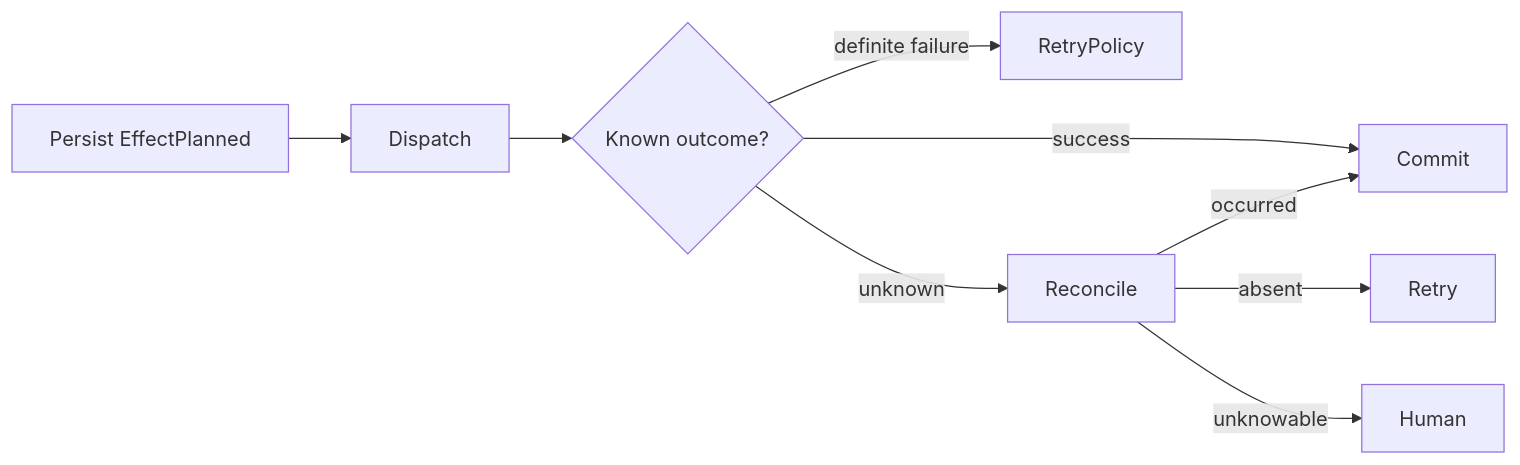
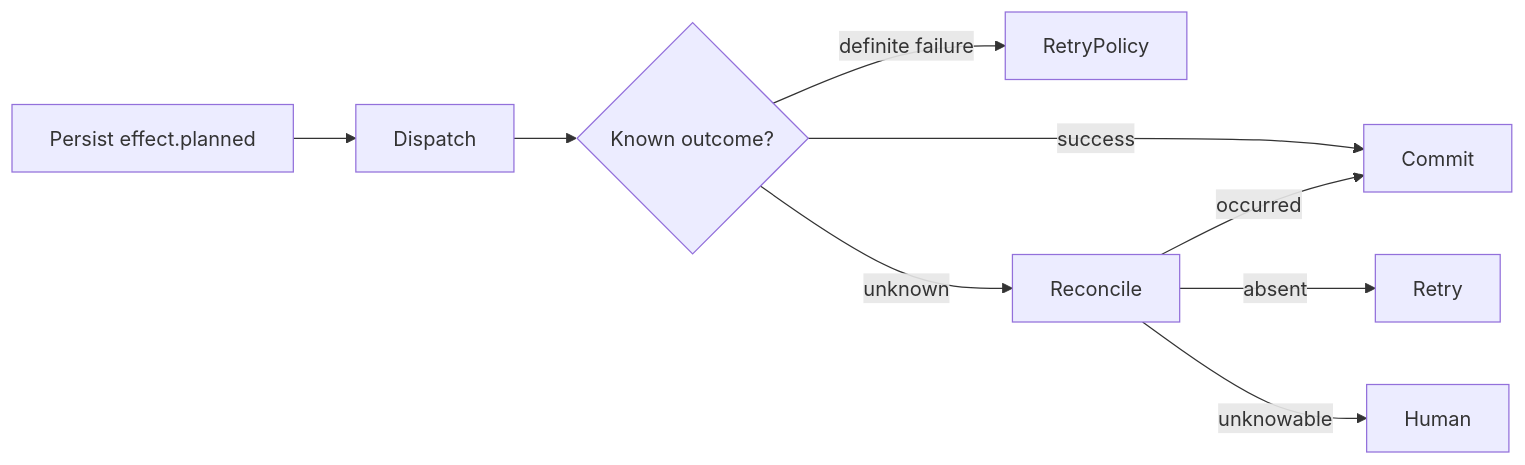
Diagram 14 of 15 in diagrams/index.mdx (thaithienvanid/agentic-reference-architecture), drawn with Mermaid before and after one commit. The commit also changed other lines of this file and 20 other files, not shown here.

Commit message:
normalize architecture contracts and execution ontology

````diff
--- a/diagrams/index.mdx
+++ b/diagrams/index.mdx
@@ -206,11 +225,11 @@
 ```mermaid
 flowchart LR
-  Plan["Persist EffectPlanned"] --> Dispatch
+  Plan["Persist effect.planned"] --> Dispatch
   Dispatch --> Outcome{"Known outcome?"}
   Outcome -->|success| Commit
   Outcome -->|definite failure| RetryPolicy
   Outcome -->|unknown| Reconcile
   Reconcile -->|occurred| Commit
   Reconcile -->|absent| Retry
   Reconcile -->|unknowable| Human
 ```
````
